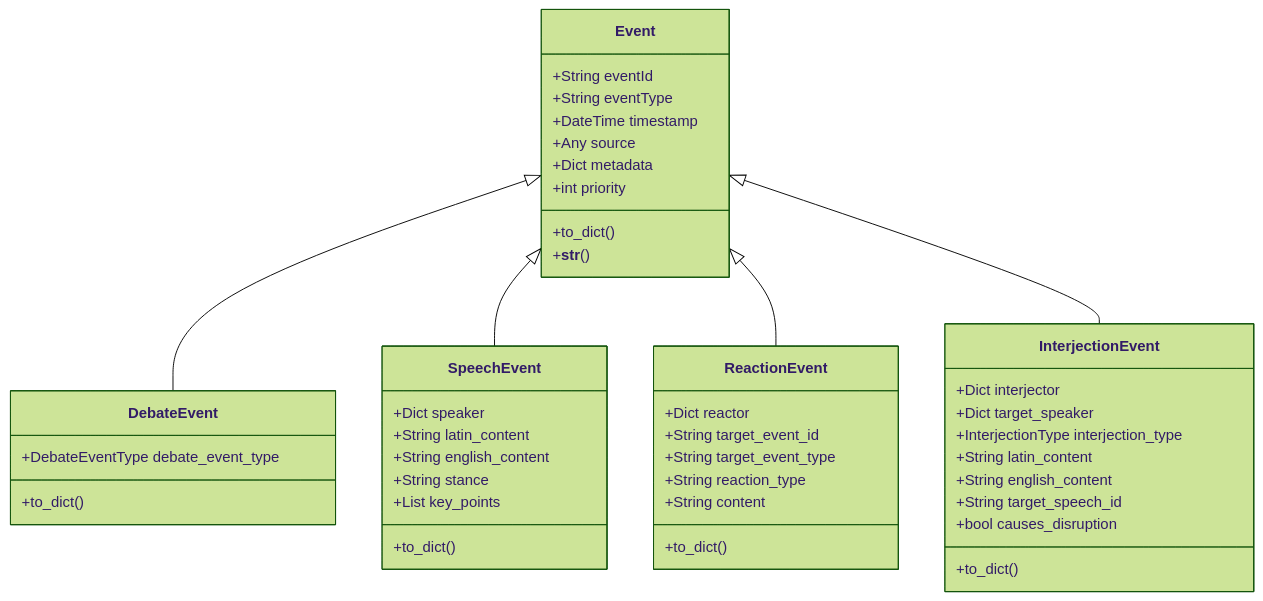
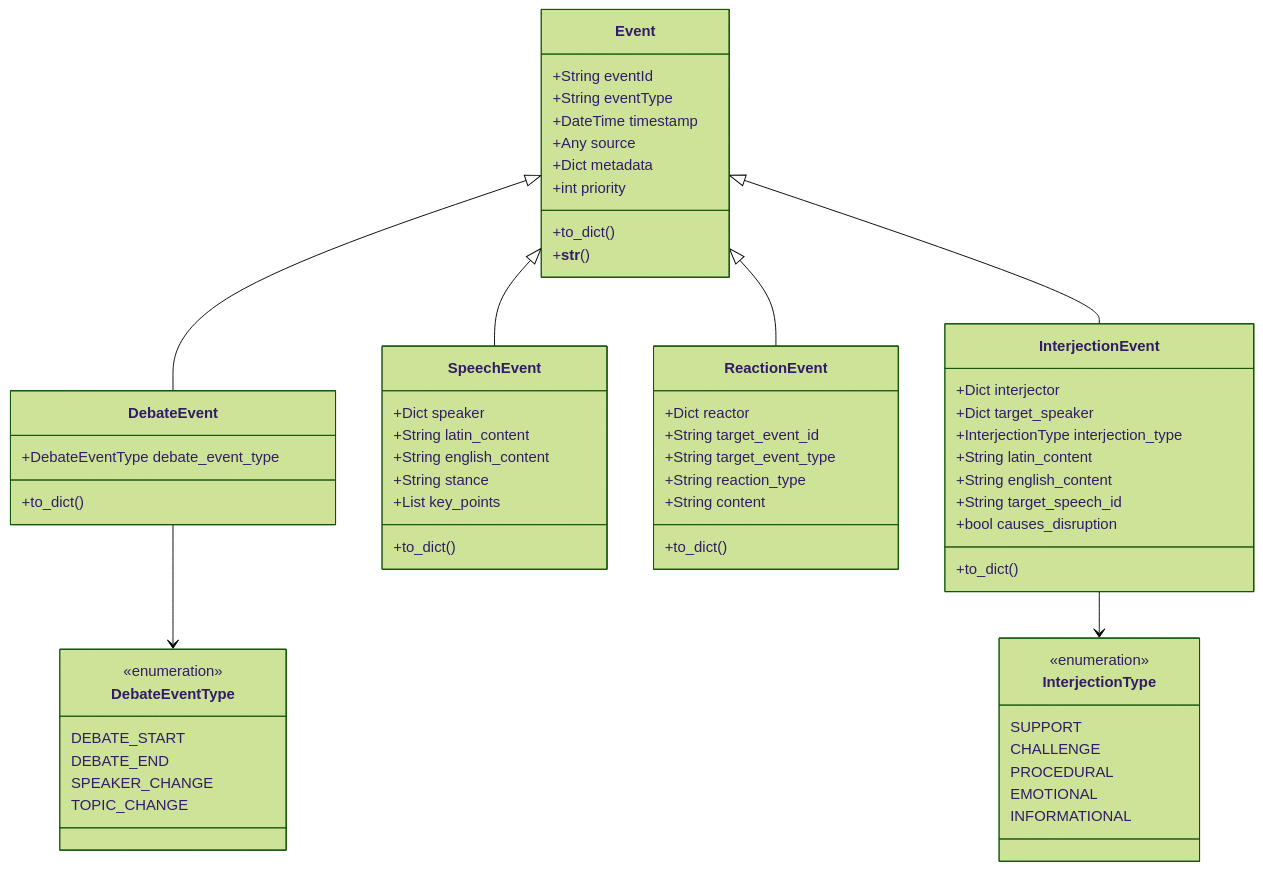
The first of 4 diagrams in docs/event_system/developer_guide.md (ianlintner/forum), drawn with Mermaid (forest theme) before and after one commit. The commit also changed other lines of this file and 2 other files, not shown here.

First line of the commit message:
Update user guide for Roman Senate Event System to version 1.1.0

````diff
--- a/docs/event_system/developer_guide.md
+++ b/docs/event_system/developer_guide.md
@@ -53,52 +61,71 @@
 ```mermaid
 classDiagram
     class Event {
         +String eventId
         +String eventType
         +DateTime timestamp
         +Any source
         +Dict metadata
         +int priority
         +to_dict()
         +__str__()
     }
     
     class DebateEvent {
         +DebateEventType debate_event_type
         +to_dict()
     }
     
     class SpeechEvent {
         +Dict speaker
         +String latin_content
         +String english_content
         +String stance
         +List key_points
         +to_dict()
     }
     
     class ReactionEvent {
         +Dict reactor
         +String target_event_id
         +String target_event_type
         +String reaction_type
         +String content
         +to_dict()
     }
     
     class InterjectionEvent {
         +Dict interjector
         +Dict target_speaker
         +InterjectionType interjection_type
         +String latin_content
         +String english_content
         +String target_speech_id
         +bool causes_disruption
         +to_dict()
     }
     
+    class DebateEventType {
+        <<enumeration>>
+        DEBATE_START
+        DEBATE_END
+        SPEAKER_CHANGE
+        TOPIC_CHANGE
+    }
+    
+    class InterjectionType {
+        <<enumeration>>
+        SUPPORT
+        CHALLENGE
+        PROCEDURAL
+        EMOTIONAL
+        INFORMATIONAL
+    }
+    
     Event <|-- DebateEvent
     Event <|-- SpeechEvent
     Event <|-- ReactionEvent
     Event <|-- InterjectionEvent
+    DebateEvent --> DebateEventType
+    InterjectionEvent --> InterjectionType
 ```
````
